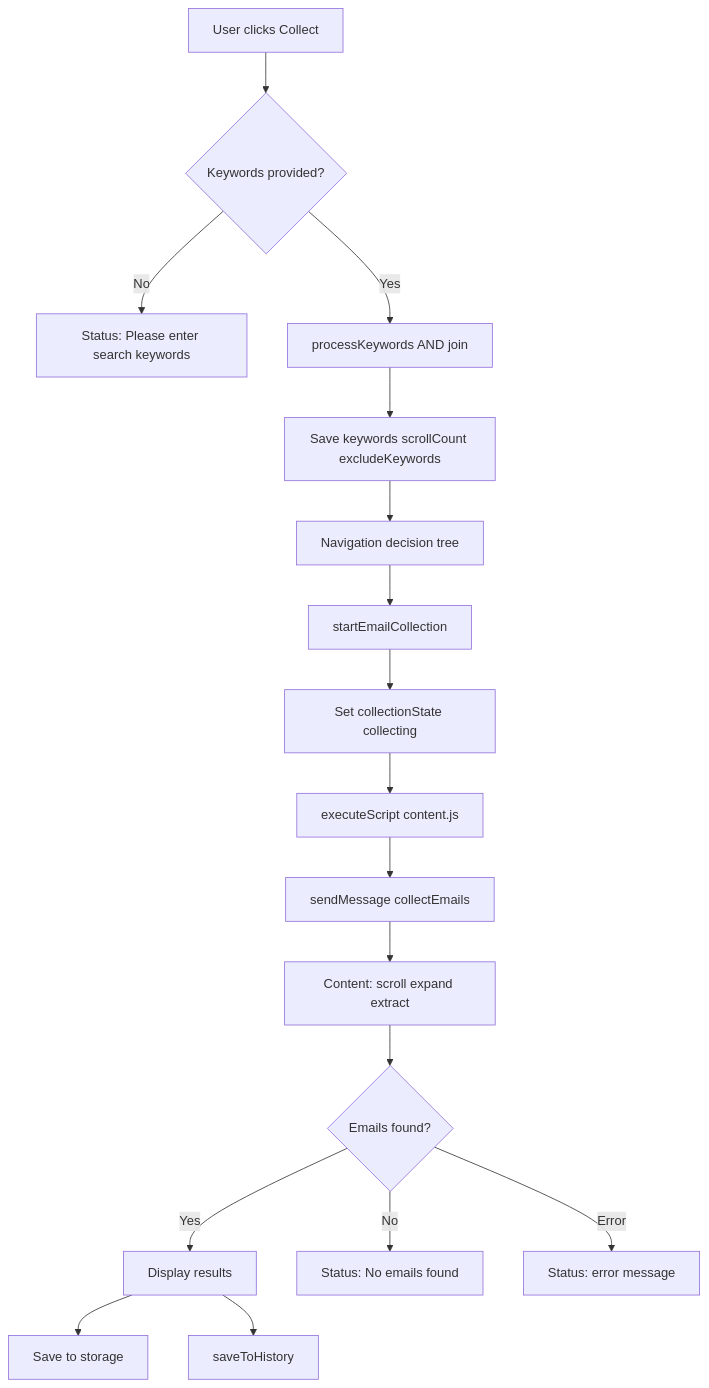
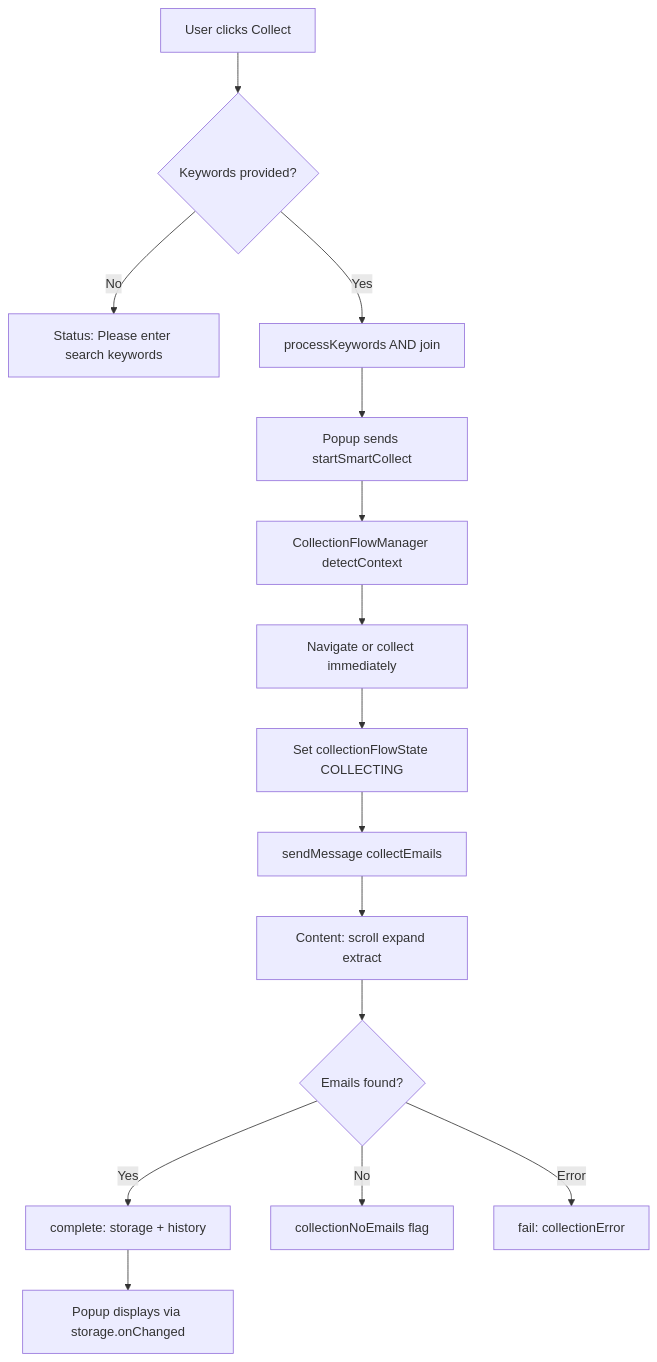
One commit to yagnesh97/reach-in changed the first of 3 diagrams in docs/BUSINESS_LOGIC.md. Above: the diagram before and after it, drawn with Mermaid. The commit also changed other lines of this file and 13 other files, not shown here.

First line of the commit message:
Enhance email collection flow and UI in ReachIn extension

````diff
--- a/docs/BUSINESS_LOGIC.md
+++ b/docs/BUSINESS_LOGIC.md
@@ -11,19 +11,17 @@
 ```mermaid
 flowchart TD
   A[User clicks Collect] --> B{Keywords provided?}
   B -->|No| C[Status: Please enter search keywords]
   B -->|Yes| D[processKeywords AND join]
-  D --> E[Save keywords scrollCount excludeKeywords]
-  E --> F[Navigation decision tree]
-  F --> G[startEmailCollection]
-  G --> H[Set collectionState collecting]
-  H --> I[executeScript content.js]
-  I --> J[sendMessage collectEmails]
-  J --> K[Content: scroll expand extract]
-  K --> L{Emails found?}
-  L -->|Yes| M[Display results]
-  M --> N[Save to storage]
-  M --> O[saveToHistory]
-  L -->|No| P[Status: No emails found]
-  L -->|Error| Q[Status: error message]
+  D --> E[Popup sends startSmartCollect]
+  E --> F[CollectionFlowManager detectContext]
+  F --> G[Navigate or collect immediately]
+  G --> H[Set collectionFlowState COLLECTING]
+  H --> I[sendMessage collectEmails]
+  I --> J[Content: scroll expand extract]
+  J --> K{Emails found?}
+  K -->|Yes| L[complete: storage + history]
+  L --> M[Popup displays via storage.onChanged]
+  K -->|No| N[collectionNoEmails flag]
+  K -->|Error| O[fail: collectionError]
 ```
````
